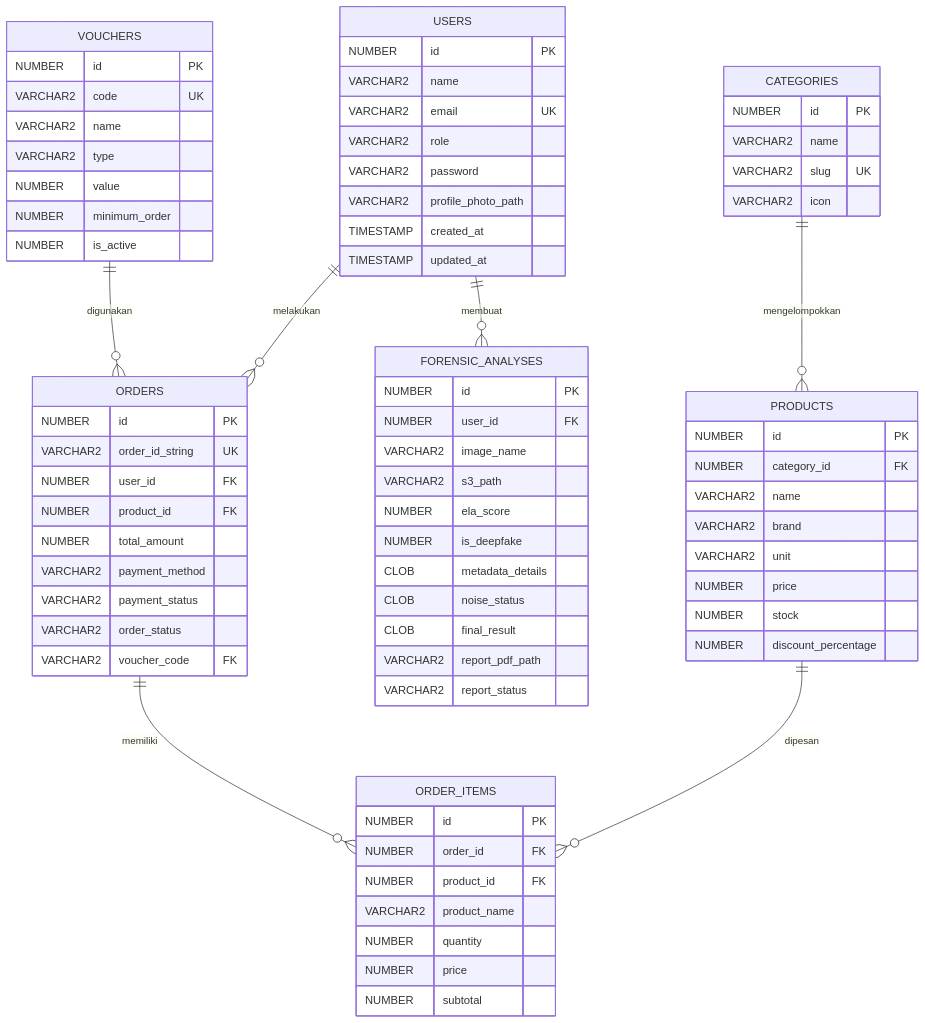
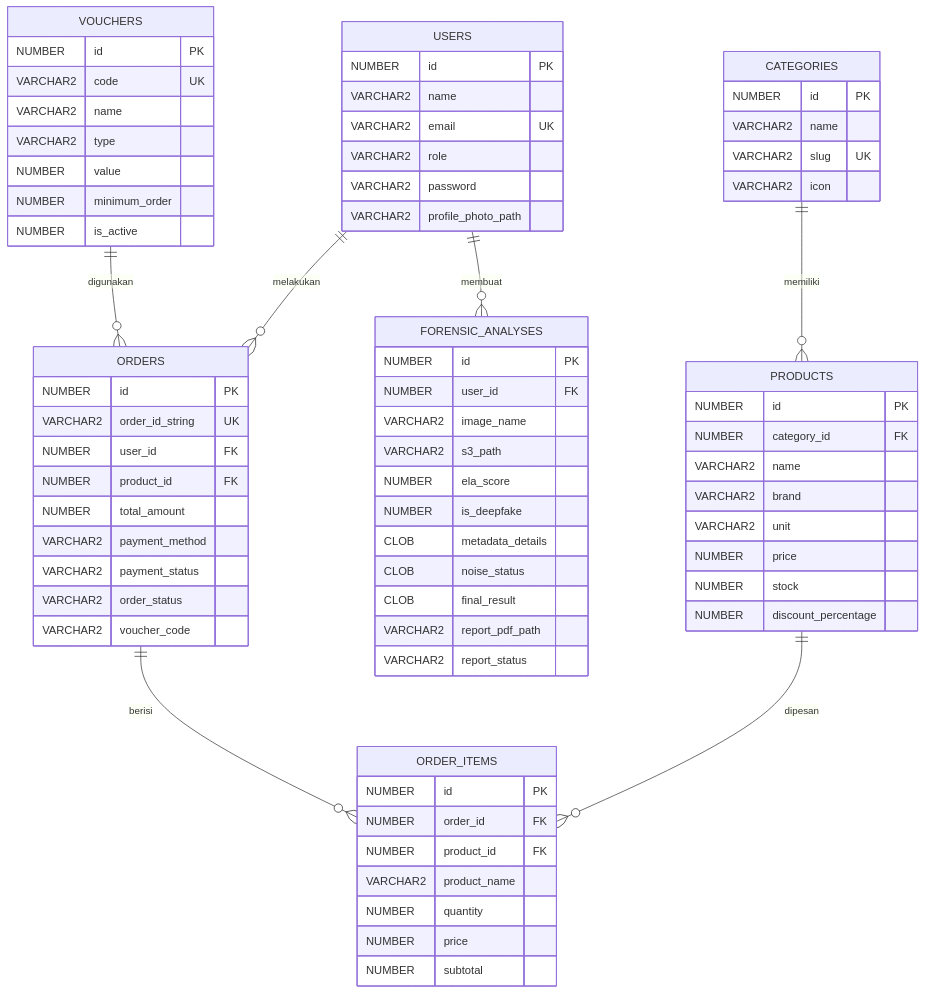
One commit to firdaceah/VERIDITY changed the diagram in LAPORAN.md. Above: the diagram before and after it, drawn with Mermaid. The commit also changed other lines of this file and 2 other files, not shown here.

```diff
--- a/LAPORAN.md
+++ b/LAPORAN.md
@@ -24,9 +45,9 @@
 erDiagram
     USERS ||--o{ FORENSIC_ANALYSES : membuat
     USERS ||--o{ ORDERS : melakukan
-    CATEGORIES ||--o{ PRODUCTS : mengelompokkan
+    CATEGORIES ||--o{ PRODUCTS : memiliki
     PRODUCTS ||--o{ ORDER_ITEMS : dipesan
-    ORDERS ||--o{ ORDER_ITEMS : memiliki
+    ORDERS ||--o{ ORDER_ITEMS : berisi
     VOUCHERS ||--o{ ORDERS : digunakan
 
     USERS {
@@ -36,8 +57,6 @@
         VARCHAR2 role
         VARCHAR2 password
         VARCHAR2 profile_photo_path
-        TIMESTAMP created_at
-        TIMESTAMP updated_at
     }
 
     FORENSIC_ANALYSES {
@@ -81,7 +100,7 @@
         VARCHAR2 payment_method
         VARCHAR2 payment_status
         VARCHAR2 order_status
-        VARCHAR2 voucher_code FK
+        VARCHAR2 voucher_code
     }
 
     ORDER_ITEMS {
```
